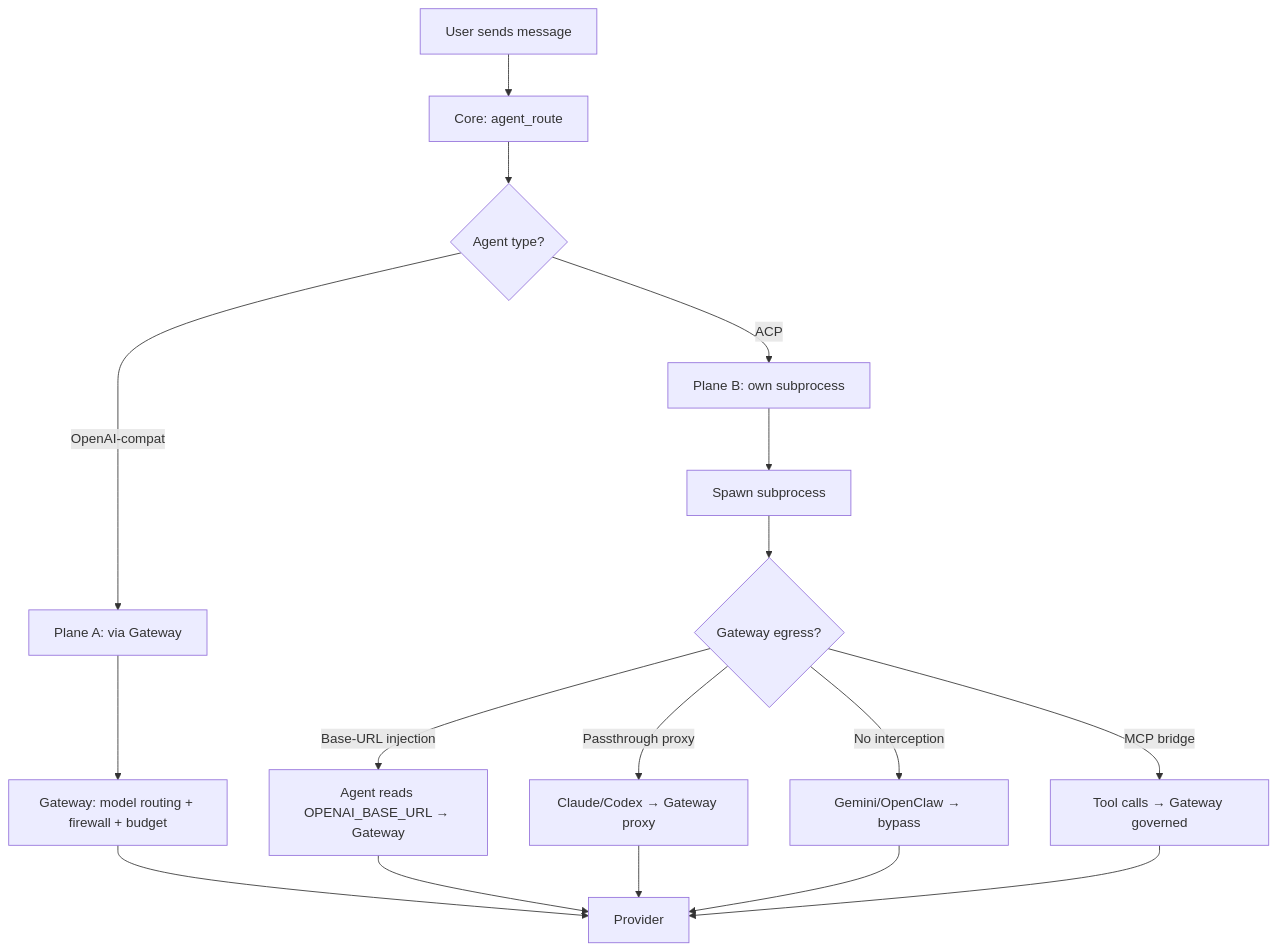
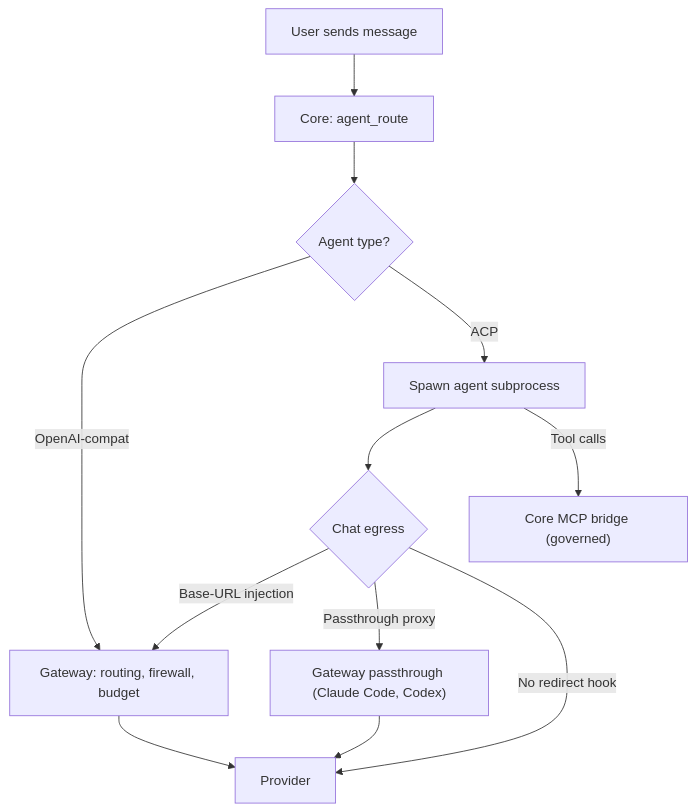
One commit to amajorai/ryu-docs changed the diagram in content/docs/start-here/architecture/acp-agents.mdx. Above: the diagram before and after it, drawn with Mermaid. The commit also changed other lines of this file and 2642 other files, not shown here.

````diff
--- a/content/docs/start-here/architecture/acp-agents.mdx
+++ b/content/docs/start-here/architecture/acp-agents.mdx
@@ -12,22 +14,14 @@
 ```mermaid
 flowchart TD
-  A[User sends message] --> B[Core: agent_route]
-  B --> C{Agent type?}
-  C -->|OpenAI-compat| D[Plane A: via Gateway]
-  C -->|ACP| E[Plane B: own subprocess]
-
-  D --> F[Gateway: model routing + firewall + budget]
-  F --> G[Provider]
-
-  E --> H[Spawn subprocess]
-  H --> I{Gateway egress?}
-  I -->|Base-URL injection| J[Agent reads OPENAI_BASE_URL → Gateway]
-  I -->|Passthrough proxy| K[Claude/Codex → Gateway proxy]
-  I -->|No interception| L[Gemini/OpenClaw → bypass]
-  I -->|MCP bridge| M[Tool calls → Gateway governed]
-
-  J --> G
-  K --> G
-  L --> G
-  M --> G
+  A["User sends message"] --> B["Core: agent_route"]
+  B --> C{"Agent type?"}
+  C -->|"OpenAI-compat"| GW["Gateway: routing, firewall, budget"]
+  C -->|"ACP"| H["Spawn agent subprocess"]
+  H --> I{"Chat egress"}
+  I -->|"Base-URL injection"| GW
+  I -->|"Passthrough proxy"| PX["Gateway passthrough (Claude Code, Codex)"]
+  I -->|"No redirect hook"| P["Provider"]
+  H -->|"Tool calls"| MCP["Core MCP bridge (governed)"]
+  GW --> P
+  PX --> P
 ```
````
